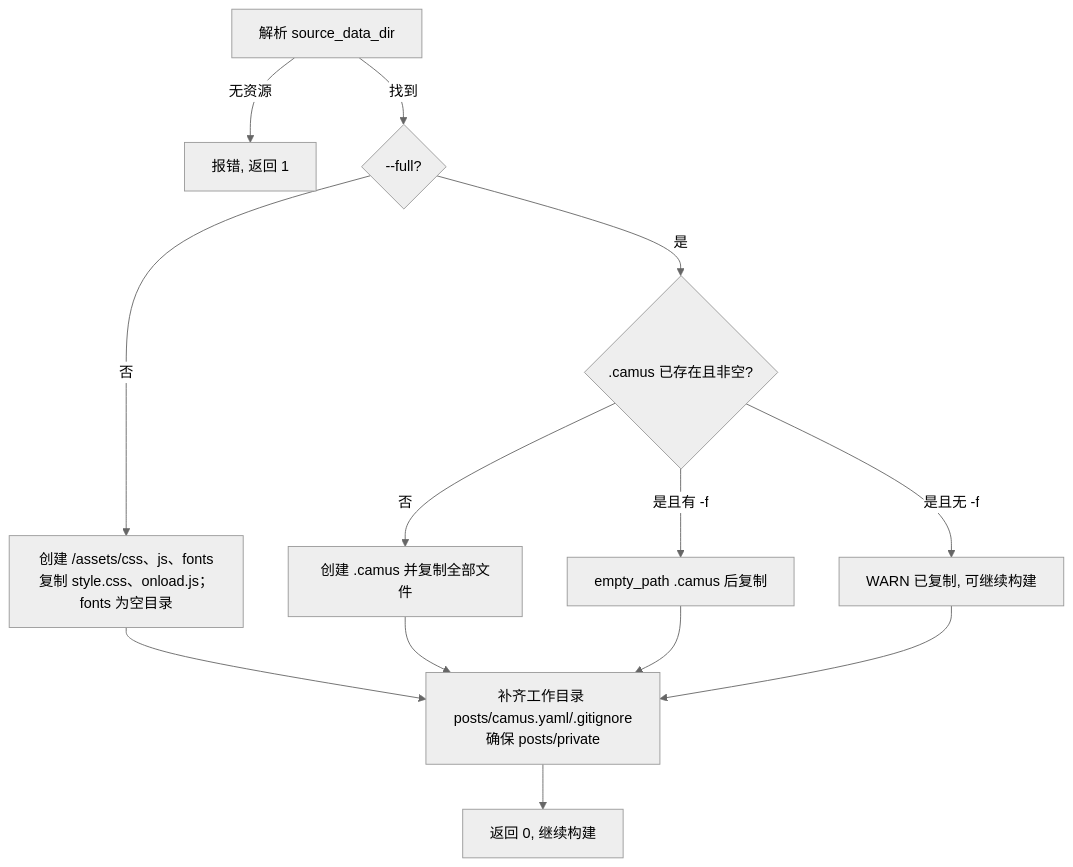
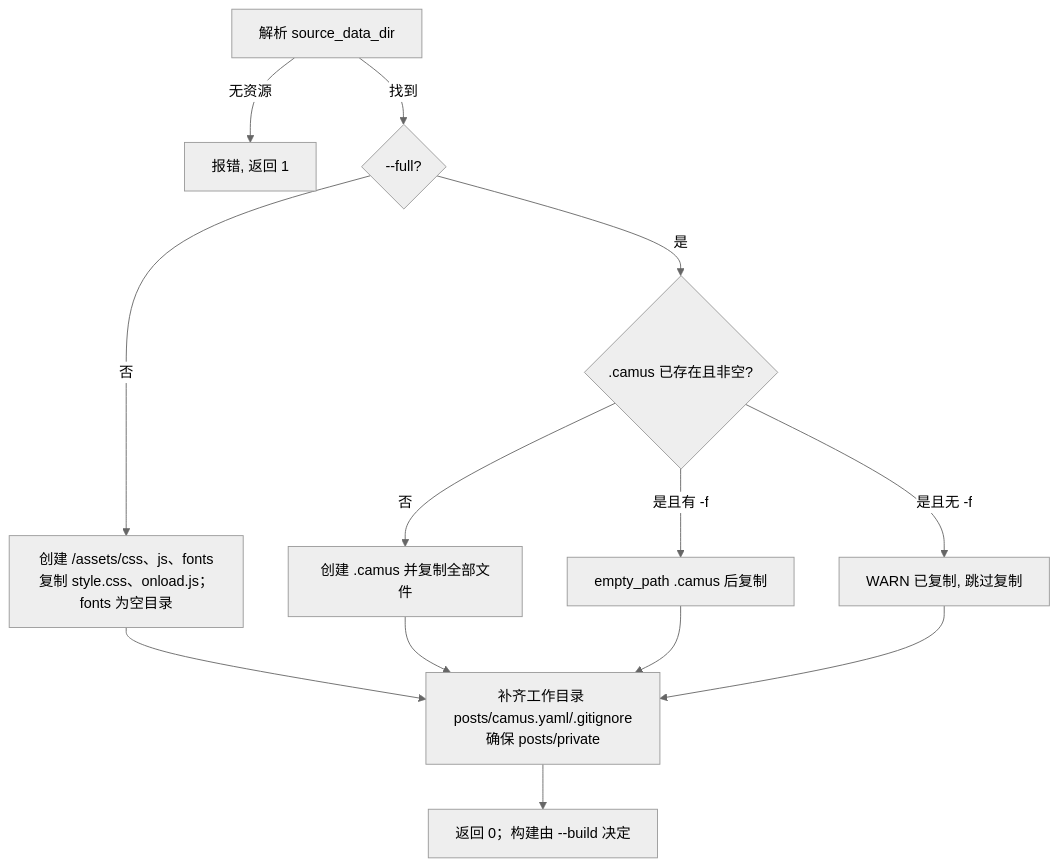
The second of 3 diagrams in docs/prd/08-template-install.md (o8x/camus), drawn with Mermaid (neutral theme) before and after one commit. The commit also changed other lines of this file and 5 other files, not shown here.

````diff
--- a/docs/prd/08-template-install.md
+++ b/docs/prd/08-template-install.md
@@ -74,15 +74,15 @@
 ```mermaid
 flowchart TD
     A[解析 source_data_dir] -->|无资源| X[报错, 返回 1]
     A -->|找到| F{--full?}
     F -->|否| M[创建 <workdir>/assets/css、js、fonts<br/>复制 style.css、onload.js；fonts 为空目录]
     M --> S[补齐工作目录 posts/camus.yaml/.gitignore<br/>确保 posts/private]
     F -->|是| B{.camus 已存在且非空?}
     B -->|否| D[创建 .camus 并复制全部文件]
-    B -->|是且无 -f| W[WARN 已复制, 可继续构建]
+    B -->|是且无 -f| W[WARN 已复制, 跳过复制]
     B -->|是且有 -f| C[empty_path .camus 后复制]
     D --> S
     C --> S
     W --> S
-    S --> OK[返回 0, 继续构建]
+    S --> OK[返回 0；构建由 --build 决定]
 ```
````
